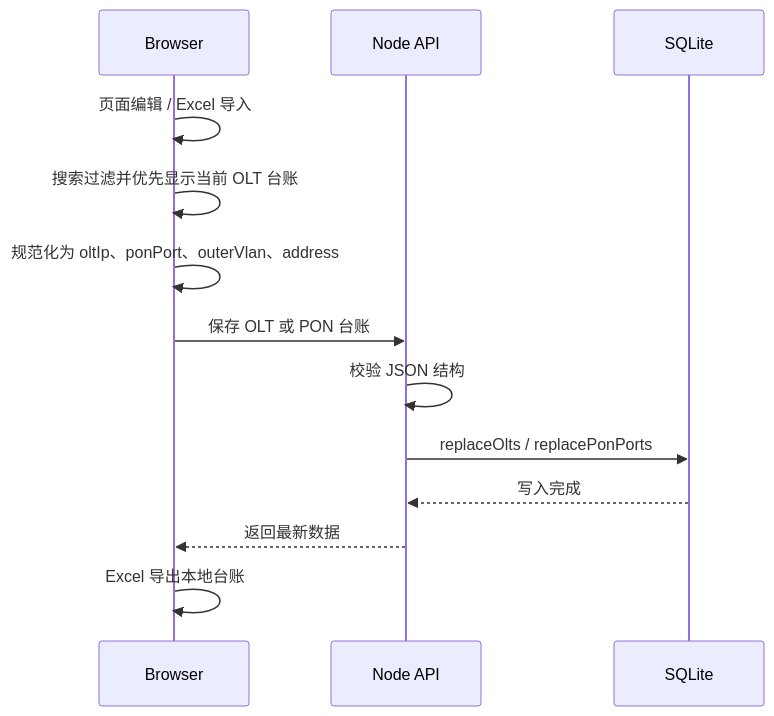
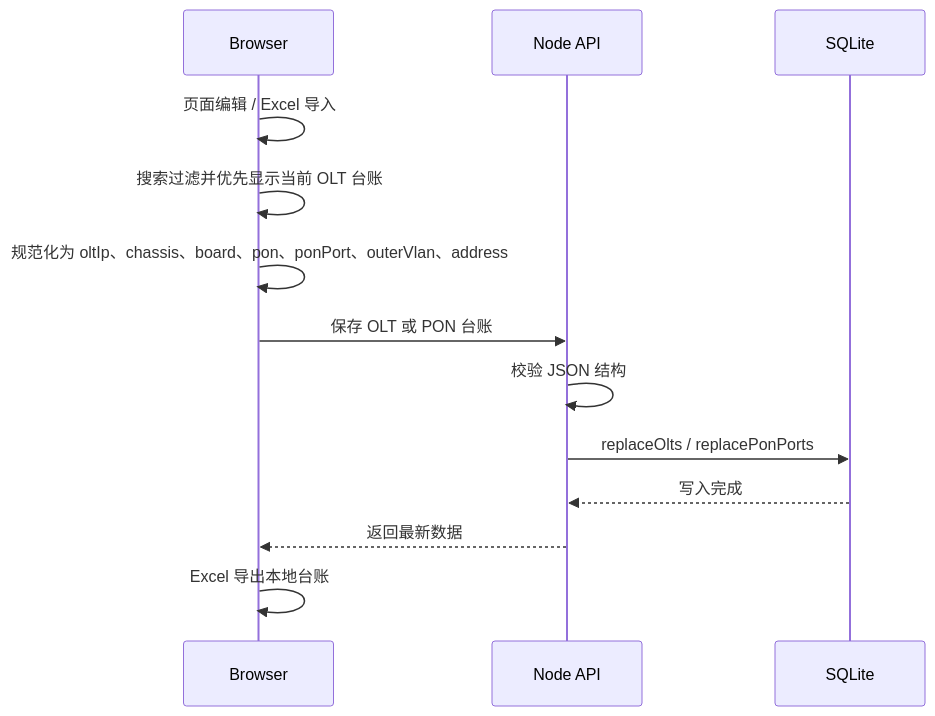
The sixth of 7 diagrams in docs/design/sequence.md (landvd/OLT-Manager), drawn with Mermaid before and after one commit. The commit also changed other lines of this file and 18 other files, not shown here.

````diff
--- a/docs/design/sequence.md
+++ b/docs/design/sequence.md
@@ -138,16 +139,16 @@
 ```mermaid
 sequenceDiagram
   participant Browser as Browser
   participant API as Node API
   participant DB as SQLite
 
   Browser->>Browser: 页面编辑 / Excel 导入
   Browser->>Browser: 搜索过滤并优先显示当前 OLT 台账
-  Browser->>Browser: 规范化为 oltIp、ponPort、outerVlan、address
+  Browser->>Browser: 规范化为 oltIp、chassis、board、pon、ponPort、outerVlan、address
   Browser->>API: 保存 OLT 或 PON 台账
   API->>API: 校验 JSON 结构
   API->>DB: replaceOlts / replacePonPorts
   DB-->>API: 写入完成
   API-->>Browser: 返回最新数据
   Browser->>Browser: Excel 导出本地台账
 ```
````
